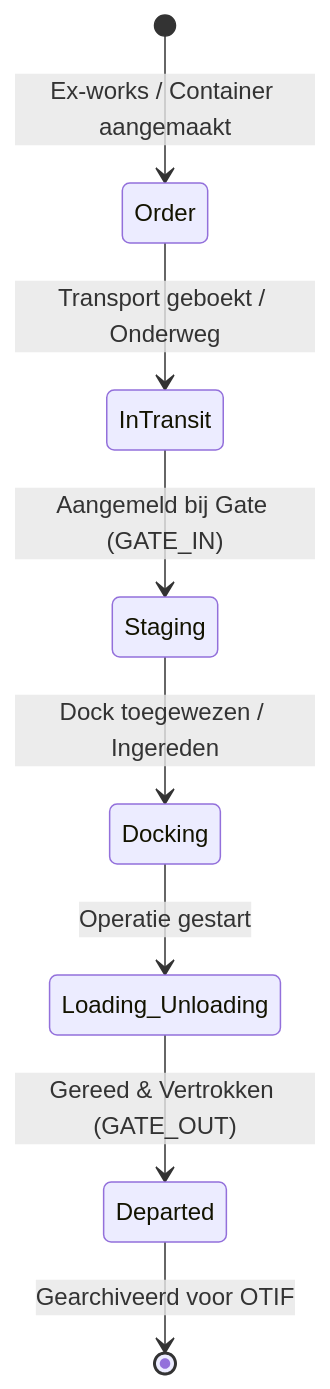
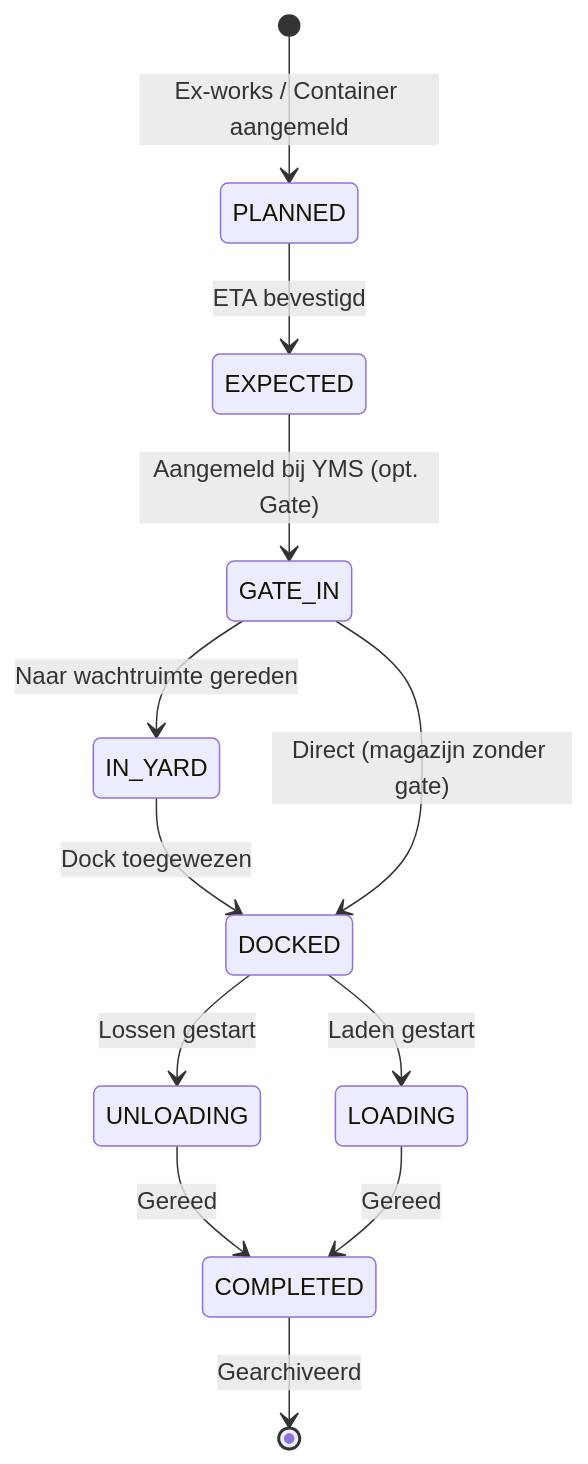
The diagram in ARCHITECTURE.md (holts073/yms-project), drawn with Mermaid before and after one commit. The commit also changed other lines of this file and 32 other files, not shown here.

````diff
--- a/ARCHITECTURE.md
+++ b/ARCHITECTURE.md
@@ -15,10 +21,14 @@
 ```mermaid
 stateDiagram-v2
-    [*] --> Order: Ex-works / Container aangemaakt
-    Order --> InTransit: Transport geboekt / Onderweg
-    InTransit --> Staging: Aangemeld bij Gate (GATE_IN)
-    Staging --> Docking: Dock toegewezen / Ingereden
-    Docking --> Loading_Unloading: Operatie gestart
-    Loading_Unloading --> Departed: Gereed & Vertrokken (GATE_OUT)
-    Departed --> [*]: Gearchiveerd voor OTIF
+    [*] --> PLANNED : Ex-works / Container aangemeld
+    PLANNED --> EXPECTED : ETA bevestigd
+    EXPECTED --> GATE_IN : Aangemeld bij YMS (opt. Gate)
+    GATE_IN --> IN_YARD : Naar wachtruimte gereden
+    IN_YARD --> DOCKED : Dock toegewezen
+    GATE_IN --> DOCKED : Direct (magazijn zonder gate)
+    DOCKED --> UNLOADING : Lossen gestart
+    DOCKED --> LOADING : Laden gestart
+    UNLOADING --> COMPLETED : Gereed
+    LOADING --> COMPLETED : Gereed
+    COMPLETED --> [*] : Gearchiveerd
 ```
````
